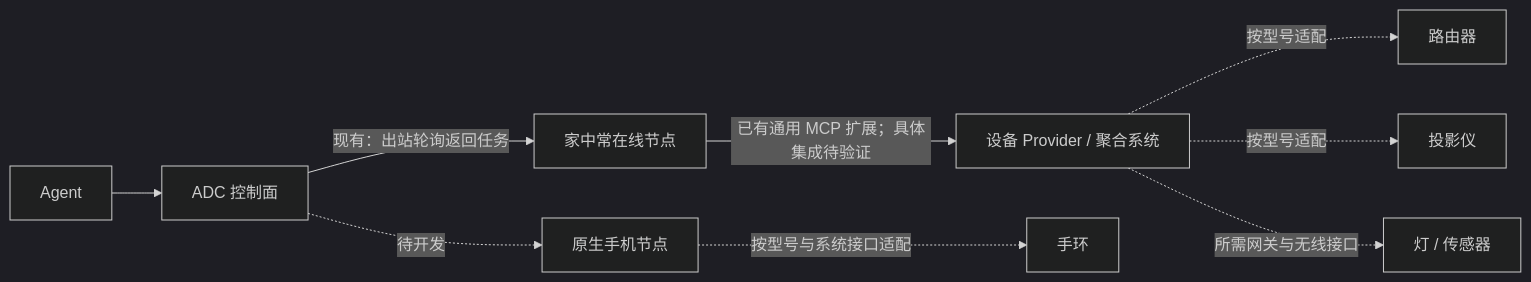
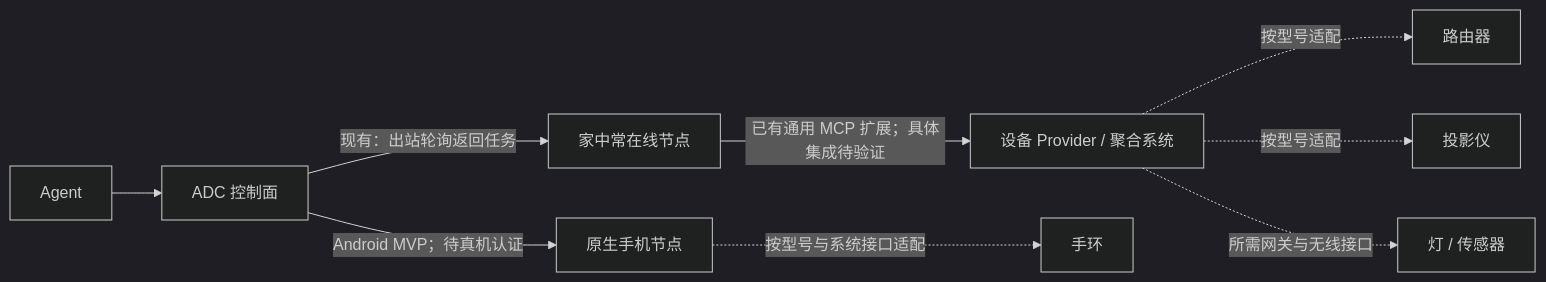
Before and after one commit to 2812427914/agent-device-cloud: the diagram in docs/device-integration-assessment.md, drawn with Mermaid (dark theme). The commit also changed other lines of this file and 50 other files, not shown here.

````diff
--- a/docs/device-integration-assessment.md
+++ b/docs/device-integration-assessment.md
@@ -193,11 +193,11 @@
 ```mermaid
 flowchart LR
   A["Agent"] --> CP["ADC 控制面"]
   CP -->|"现有：出站轮询返回任务"| N["家中常在线节点"]
-  CP -.->|"待开发"| PHONE["原生手机节点"]
+  CP -->|"Android MVP；待真机认证"| PHONE["原生手机节点"]
   N -->|"已有通用 MCP 扩展；具体集成待验证"| P["设备 Provider / 聚合系统"]
   P -.->|"按型号适配"| R["路由器"]
   P -.->|"按型号适配"| V["投影仪"]
   P -.->|"所需网关与无线接口"| S["灯 / 传感器"]
   PHONE -.->|"按型号与系统接口适配"| B["手环"]
 ```
````
